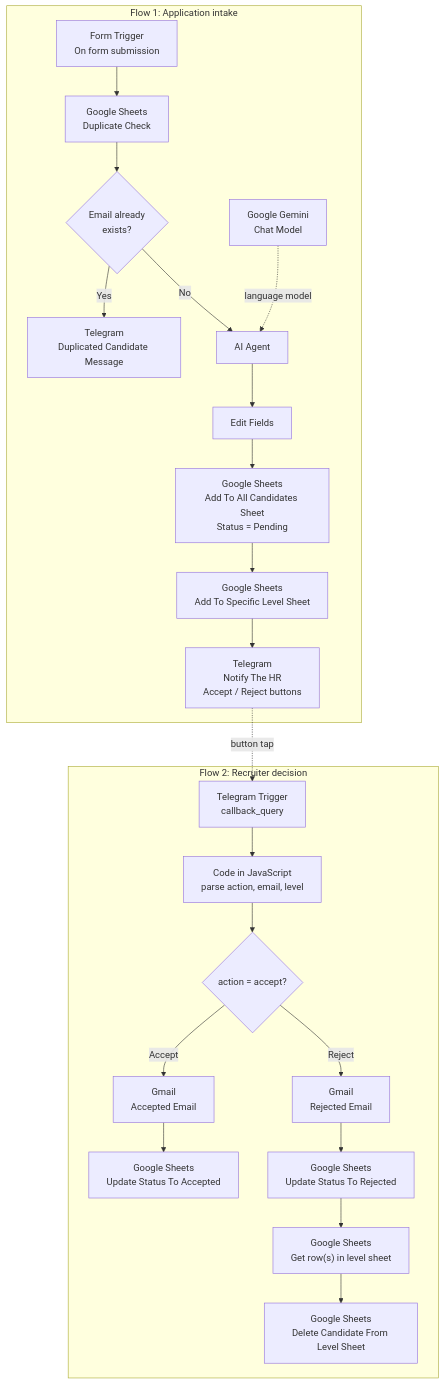
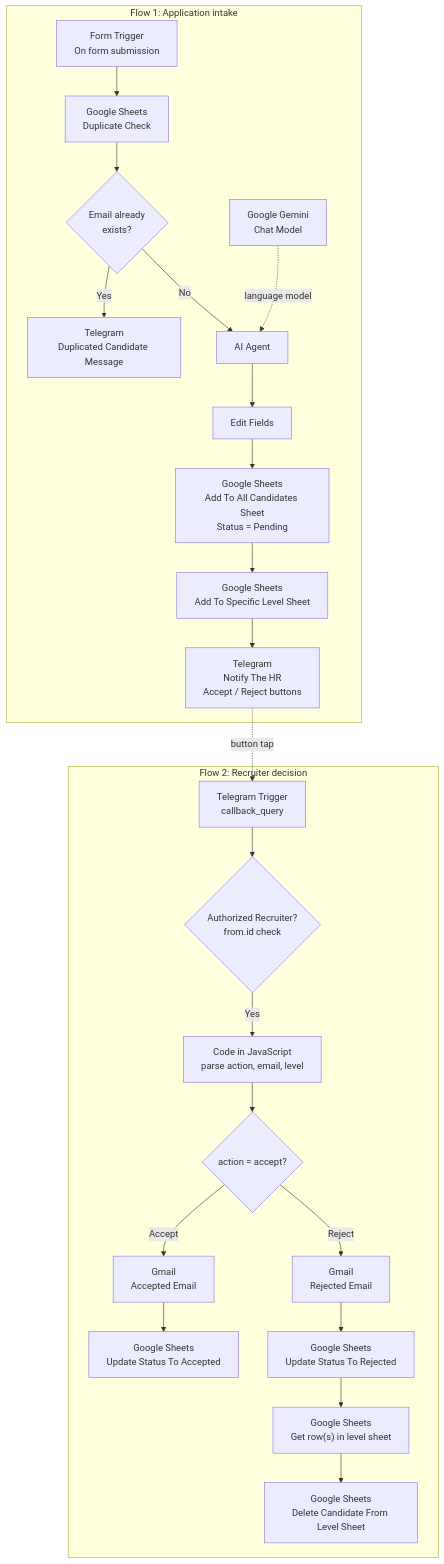
The first of 2 diagrams in automated-HR-recruitment-assistant/README.md (Omar-Ayman0/n8n-ai-automation-projects), drawn with Mermaid before and after one commit. The commit also changed other lines of this file and 18 other files, not shown here.

````diff
--- a/automated-HR-recruitment-assistant/README.md
+++ b/automated-HR-recruitment-assistant/README.md
@@ -21,27 +21,28 @@
 ```mermaid
 flowchart TD
     subgraph A["Flow 1: Application intake"]
         F["Form Trigger<br/>On form submission"] --> DC["Google Sheets<br/>Duplicate Check"]
         DC --> IF{"Email already<br/>exists?"}
         IF -- "Yes" --> DUP["Telegram<br/>Duplicated Candidate Message"]
         IF -- "No" --> AG["AI Agent"]
         GEM["Google Gemini<br/>Chat Model"] -. "language model" .-> AG
         AG --> EF["Edit Fields"]
         EF --> ALL["Google Sheets<br/>Add To All Candidates Sheet<br/>Status = Pending"]
         ALL --> LVL["Google Sheets<br/>Add To Specific Level Sheet"]
         LVL --> NH["Telegram<br/>Notify The HR<br/>Accept / Reject buttons"]
     end
 
     subgraph B["Flow 2: Recruiter decision"]
-        TT["Telegram Trigger<br/>callback_query"] --> CODE["Code in JavaScript<br/>parse action, email, level"]
+        TT["Telegram Trigger<br/>callback_query"] --> AUTH{"Authorized Recruiter?<br/>from.id check"}
+        AUTH -->|Yes| CODE["Code in JavaScript<br/>parse action, email, level"]
         CODE --> AR{"action = accept?"}
         AR -- "Accept" --> AE["Gmail<br/>Accepted Email"]
         AE --> UA["Google Sheets<br/>Update Status To Accepted"]
         AR -- "Reject" --> RE["Gmail<br/>Rejected Email"]
         RE --> UR["Google Sheets<br/>Update Status To Rejected"]
         UR --> GR["Google Sheets<br/>Get row(s) in level sheet"]
         GR --> DEL["Google Sheets<br/>Delete Candidate From Level Sheet"]
     end
 
     NH -. "button tap" .-> TT
 ```
````
